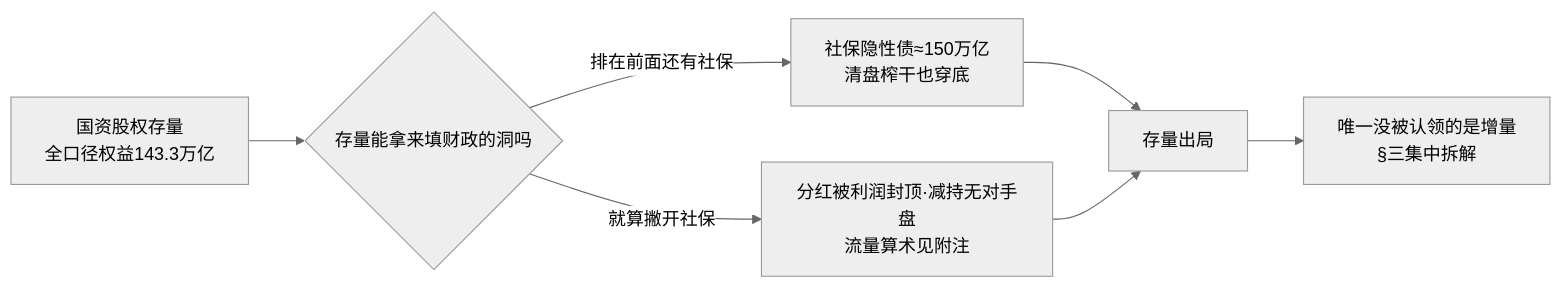
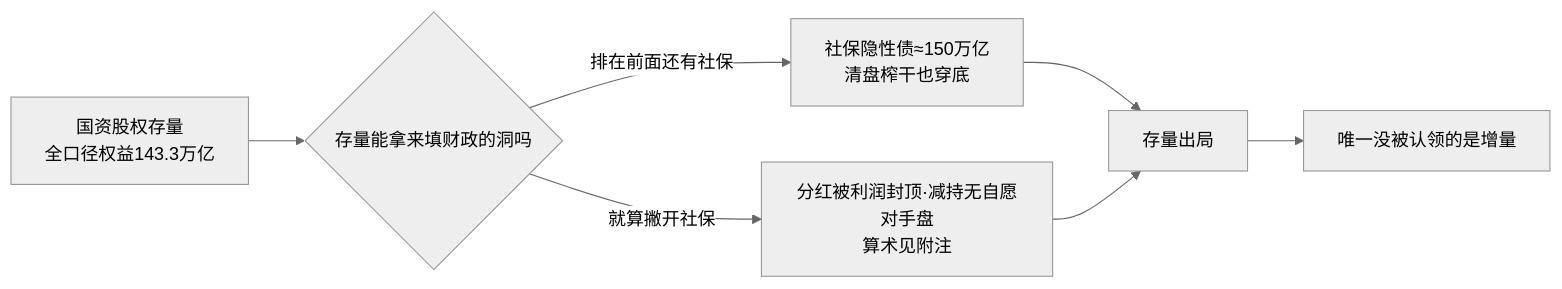
The first of 4 diagrams in content/blog/systems_and_governance/Chinese_government/股权财政接不了土地财政的班-存量被社保认领-增量也走不通.md (cj9208/cj9208.github.io), drawn with Mermaid (neutral theme) before and after one commit. The commit also changed other lines of this file and 1 other file, not shown here.

````diff
--- a/content/blog/systems_and_governance/Chinese_government/股权财政接不了土地财政的班-存量被社保认领-增量也走不通.md
+++ b/content/blog/systems_and_governance/Chinese_government/股权财政接不了土地财政的班-存量被社保认领-增量也走不通.md
@@ -51,9 +46,9 @@
 ```mermaid
 graph LR
     A["国资股权存量<br/>全口径权益143.3万亿"] --> B{"存量能拿来填财政的洞吗"}
     B -->|"排在前面还有社保"| C["社保隐性债≈150万亿<br/>清盘榨干也穿底"]
-    B -->|"就算撇开社保"| D["分红被利润封顶·减持无对手盘<br/>流量算术见附注"]
+    B -->|"就算撇开社保"| D["分红被利润封顶·减持无自愿对手盘<br/>算术见附注"]
     C --> E["存量出局"]
     D --> E
-    E --> F["唯一没被认领的是增量<br/>§三集中拆解"]
+    E --> F["唯一没被认领的是增量"]
 ```
````
